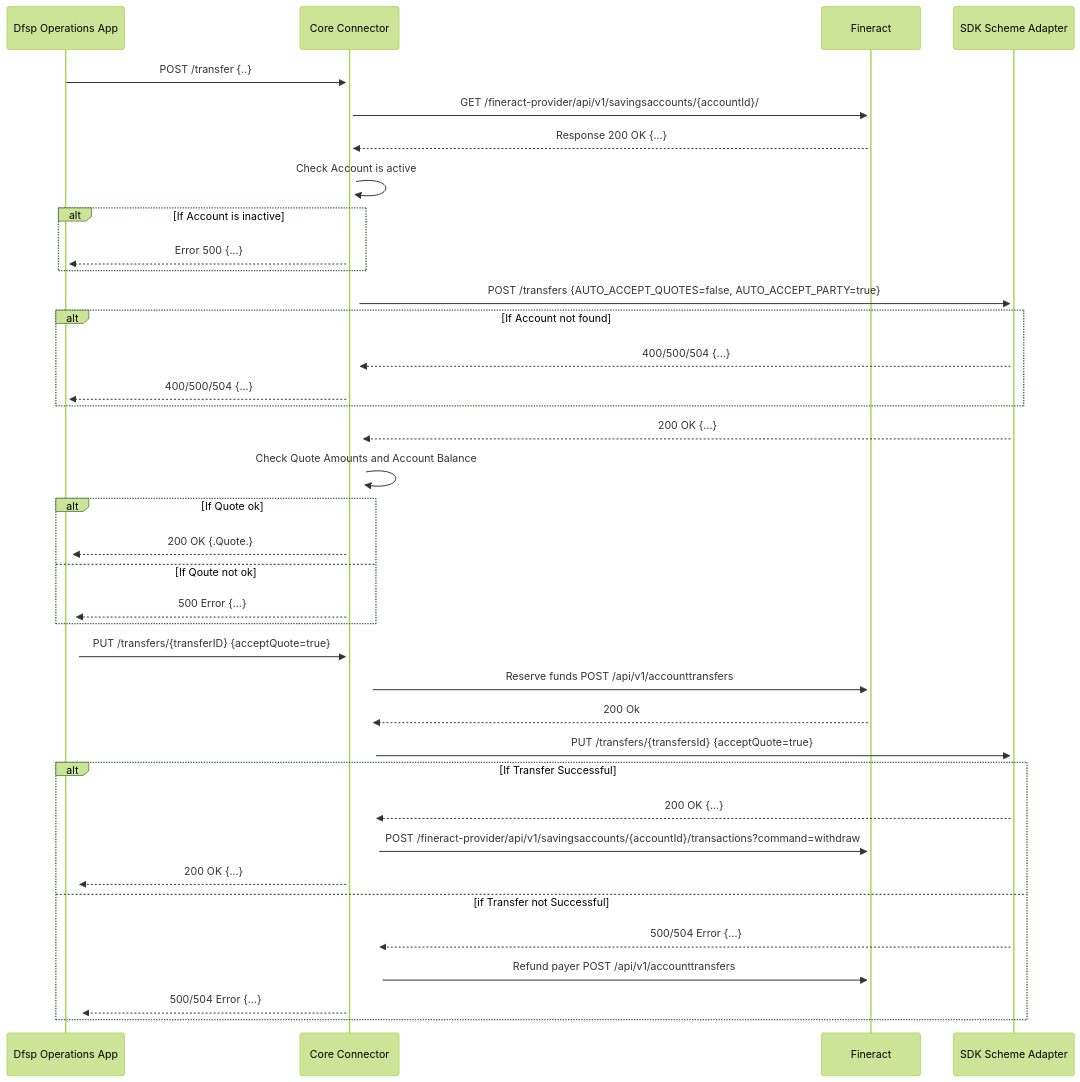
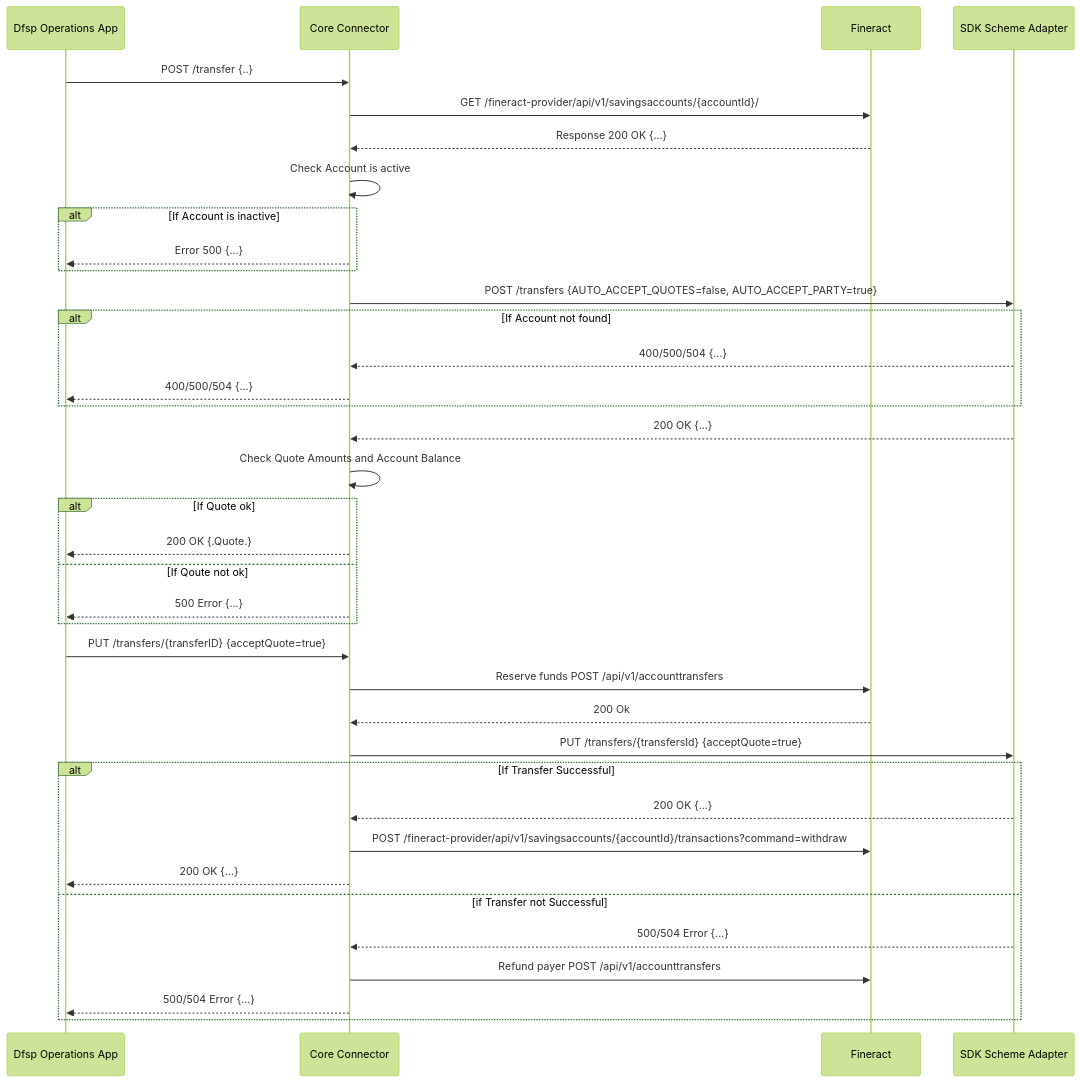
Before and after one commit to mojaloop/mifos-core-connector-docs: the second of 2 diagrams in README.md, drawn with Mermaid (forest theme). The commit also changed other lines of this file, not shown here.

````diff
--- a/README.md
+++ b/README.md
@@ -122,35 +122,35 @@
 ```mermaid
 sequenceDiagram
-    Dfsp Operations App->>+Core Connector: POST /transfer {..} 
-    Core Connector->>+Fineract: GET /fineract-provider/api/v1/savingsaccounts/{accountId}/
-    Fineract-->>+Core Connector: Response 200 OK {...}
-    Core Connector->>+ Core Connector: Check Account is active
+    Dfsp Operations App->>Core Connector: POST /transfer {..} 
+    Core Connector->>Fineract: GET /fineract-provider/api/v1/savingsaccounts/{accountId}/
+    Fineract-->>Core Connector: Response 200 OK {...}
+    Core Connector->> Core Connector: Check Account is active
     Alt If Account is inactive
-    Core Connector -->>+ Dfsp Operations App: Error 500 {...}
+    Core Connector -->> Dfsp Operations App: Error 500 {...}
     End
-    Core Connector->>+ SDK Scheme Adapter: POST /transfers {AUTO_ACCEPT_QUOTES=false, AUTO_ACCEPT_PARTY=true}
+    Core Connector->> SDK Scheme Adapter: POST /transfers {AUTO_ACCEPT_QUOTES=false, AUTO_ACCEPT_PARTY=true}
     Alt If Account not found
-    SDK Scheme Adapter-->>+ Core Connector: 400/500/504 {...} 
-    Core Connector-->>+ Dfsp Operations App: 400/500/504 {...}
+    SDK Scheme Adapter-->> Core Connector: 400/500/504 {...} 
+    Core Connector-->> Dfsp Operations App: 400/500/504 {...}
     End
-    SDK Scheme Adapter-->>+ Core Connector: 200 OK {...}
-    Core Connector->>+ Core Connector: Check Quote Amounts and Account Balance
+    SDK Scheme Adapter-->> Core Connector: 200 OK {...}
+    Core Connector->> Core Connector: Check Quote Amounts and Account Balance
     Alt If Quote ok
-    Core Connector-->>+ Dfsp Operations App: 200 OK {.Quote.}
+    Core Connector-->> Dfsp Operations App: 200 OK {.Quote.}
     Else If Qoute not ok
-    Core Connector-->>+ Dfsp Operations App: 500 Error {...}
+    Core Connector-->> Dfsp Operations App: 500 Error {...}
     End
-    Dfsp Operations App->>+ Core Connector: PUT /transfers/{transferID} {acceptQuote=true}
-    Core Connector->>+ Fineract: Reserve funds POST /api/v1/accounttransfers
-    Fineract-->>+ Core Connector: 200 Ok
-    Core Connector->>+ SDK Scheme Adapter: PUT /transfers/{transfersId} {acceptQuote=true}
+    Dfsp Operations App->> Core Connector: PUT /transfers/{transferID} {acceptQuote=true}
+    Core Connector->> Fineract: Reserve funds POST /api/v1/accounttransfers
+    Fineract-->> Core Connector: 200 Ok
+    Core Connector->> SDK Scheme Adapter: PUT /transfers/{transfersId} {acceptQuote=true}
     Alt If Transfer Successful
-    SDK Scheme Adapter-->>+ Core Connector: 200 OK {...}
-    Core Connector->>+ Fineract:POST /fineract-provider/api/v1/savingsaccounts/{accountId}/transactions?command=withdraw
-    Core Connector -->>+ Dfsp Operations App: 200 OK {...}
+    SDK Scheme Adapter-->> Core Connector: 200 OK {...}
+    Core Connector->> Fineract:POST /fineract-provider/api/v1/savingsaccounts/{accountId}/transactions?command=withdraw
+    Core Connector -->> Dfsp Operations App: 200 OK {...}
     Else if Transfer not Successful
-    SDK Scheme Adapter -->>+ Core Connector: 500/504 Error {...}
-    Core Connector ->>+ Fineract: Refund payer POST /api/v1/accounttransfers
-    Core Connector-->>+ Dfsp Operations App: 500/504 Error {...}
+    SDK Scheme Adapter -->> Core Connector: 500/504 Error {...}
+    Core Connector ->> Fineract: Refund payer POST /api/v1/accounttransfers
+    Core Connector-->> Dfsp Operations App: 500/504 Error {...}
     End
 ```
````
